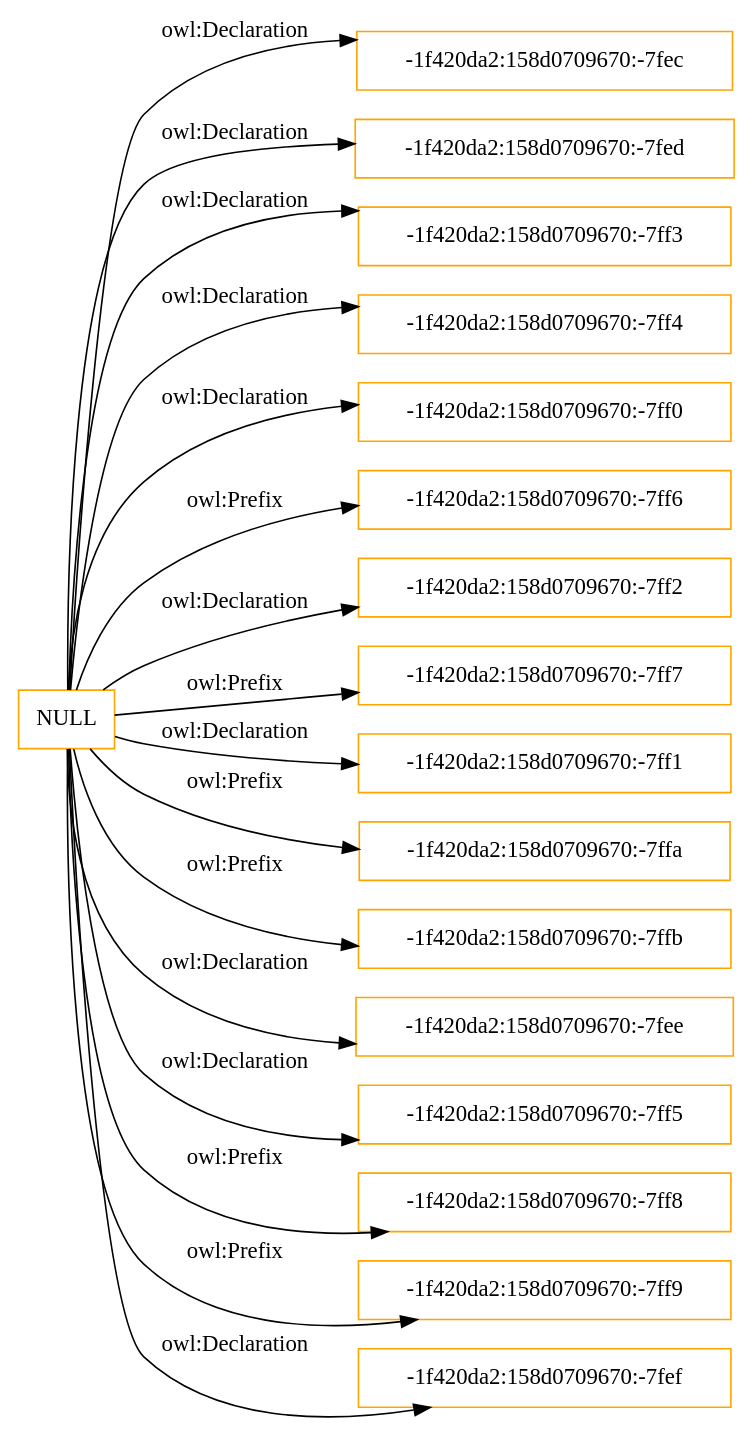
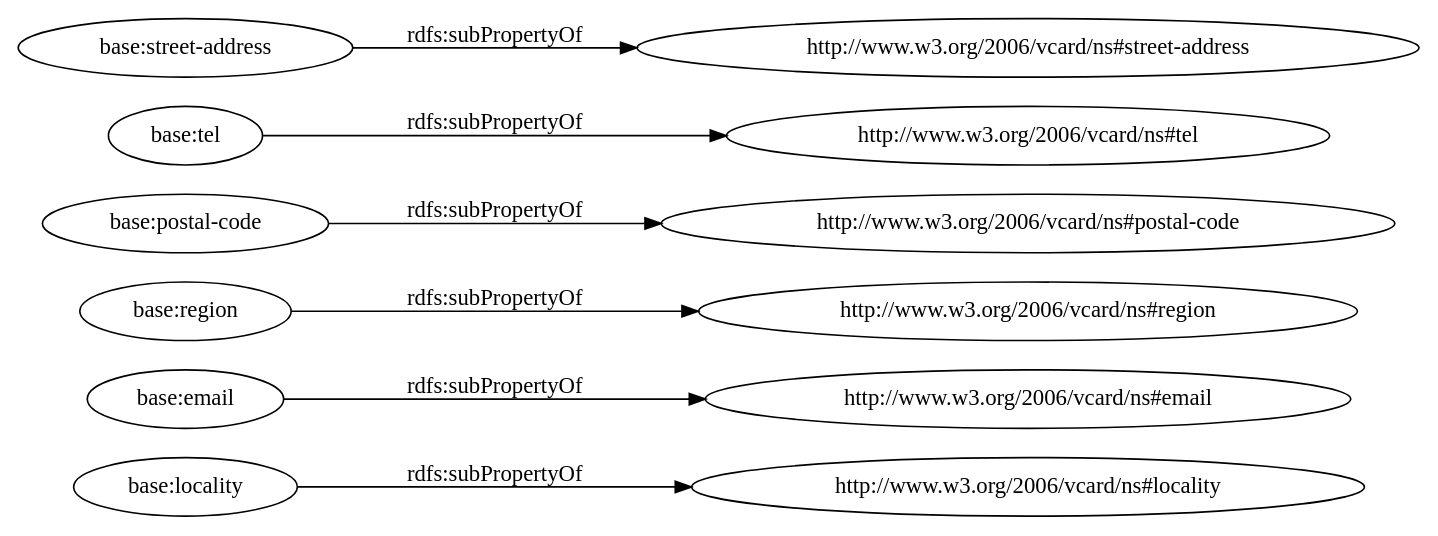
One commit to OnToologyUser/OWL changed the diagram in OnToology/update.owl/diagrams/ar2dtool-class/update.owl.png.dot. Above: the diagram before and after it, drawn with Graphviz. The commit also changed 21 other files, not shown here.

```diff
--- a/OnToology/update.owl/diagrams/ar2dtool-class/update.owl.png.dot
+++ b/OnToology/update.owl/diagrams/ar2dtool-class/update.owl.png.dot
@@ -1,22 +1,11 @@
 digraph ar2dtool_diagram { 
 rankdir=LR;
 size="1501"
-node [shape = rectangle, color="orange"]; "-1f420da2:158d0709670:-7fec" "-1f420da2:158d0709670:-7fed" "-1f420da2:158d0709670:-7ff3" "-1f420da2:158d0709670:-7ff4" ; /*classes style*/
-	"NULL" -> "-1f420da2:158d0709670:-7ff0" [ label = "owl:Declaration" ];
-	"NULL" -> "-1f420da2:158d0709670:-7ff6" [ label = "owl:Prefix" ];
-	"NULL" -> "-1f420da2:158d0709670:-7fed" [ label = "owl:Declaration" ];
-	"NULL" -> "-1f420da2:158d0709670:-7ff2" [ label = "owl:Declaration" ];
-	"NULL" -> "-1f420da2:158d0709670:-7ff7" [ label = "owl:Prefix" ];
-	"NULL" -> "-1f420da2:158d0709670:-7ff1" [ label = "owl:Declaration" ];
-	"NULL" -> "-1f420da2:158d0709670:-7ff4" [ label = "owl:Declaration" ];
-	"NULL" -> "-1f420da2:158d0709670:-7ffa" [ label = "owl:Prefix" ];
-	"NULL" -> "-1f420da2:158d0709670:-7ffb" [ label = "owl:Prefix" ];
-	"NULL" -> "-1f420da2:158d0709670:-7ff3" [ label = "owl:Declaration" ];
-	"NULL" -> "-1f420da2:158d0709670:-7fee" [ label = "owl:Declaration" ];
-	"NULL" -> "-1f420da2:158d0709670:-7ff5" [ label = "owl:Declaration" ];
-	"NULL" -> "-1f420da2:158d0709670:-7ff8" [ label = "owl:Prefix" ];
-	"NULL" -> "-1f420da2:158d0709670:-7fec" [ label = "owl:Declaration" ];
-	"NULL" -> "-1f420da2:158d0709670:-7ff9" [ label = "owl:Prefix" ];
-	"NULL" -> "-1f420da2:158d0709670:-7fef" [ label = "owl:Declaration" ];
+	"base:locality" -> "http://www.w3.org/2006/vcard/ns#locality" [ label = "rdfs:subPropertyOf" ];
+	"base:email" -> "http://www.w3.org/2006/vcard/ns#email" [ label = "rdfs:subPropertyOf" ];
+	"base:region" -> "http://www.w3.org/2006/vcard/ns#region" [ label = "rdfs:subPropertyOf" ];
+	"base:postal-code" -> "http://www.w3.org/2006/vcard/ns#postal-code" [ label = "rdfs:subPropertyOf" ];
+	"base:tel" -> "http://www.w3.org/2006/vcard/ns#tel" [ label = "rdfs:subPropertyOf" ];
+	"base:street-address" -> "http://www.w3.org/2006/vcard/ns#street-address" [ label = "rdfs:subPropertyOf" ];
 
 }
```
